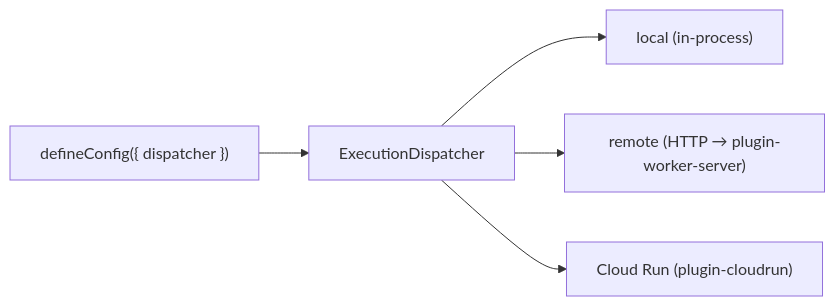
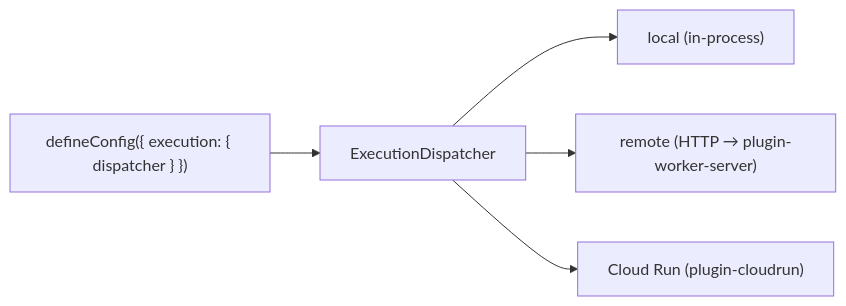
One commit to chhetrisushil/loom changed the diagram in docs/user-guide.md. Above: the diagram before and after it, drawn with Mermaid. The commit also changed other lines of this file and 22 other files, not shown here.

````diff
--- a/docs/user-guide.md
+++ b/docs/user-guide.md
@@ -924,7 +944,7 @@
 ```mermaid
 flowchart LR
-  cfg["defineConfig({ dispatcher })"] --> D["ExecutionDispatcher"]
+  cfg["defineConfig({ execution: { dispatcher } })"] --> D["ExecutionDispatcher"]
   D --> L["local (in-process)"]
   D --> R["remote (HTTP → plugin-worker-server)"]
   D --> C["Cloud Run (plugin-cloudrun)"]
 ```
````
